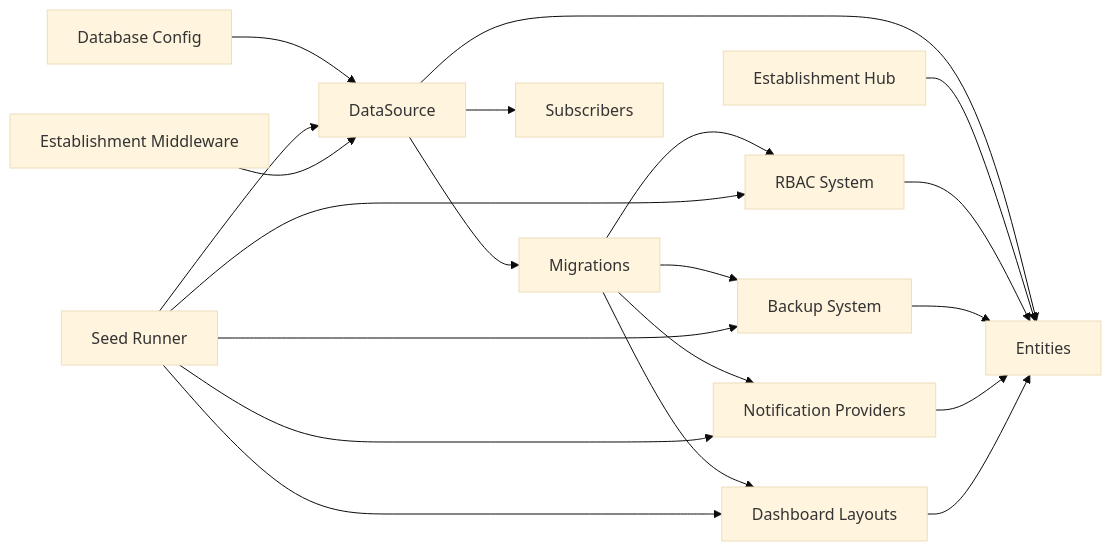
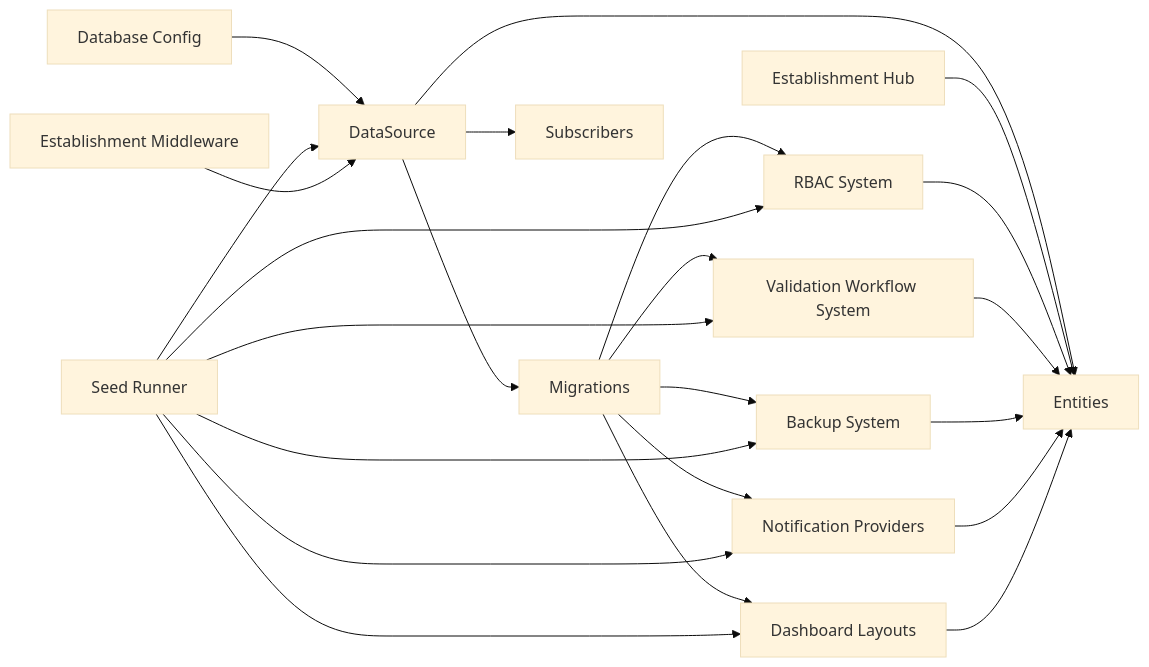
One commit to franckylab/eLISAschool changed the eighth of 9 diagrams in .qoder/repowiki/en/content/Database Schema & Data Model/Database Schema & Data Model.md. Above: the diagram before and after it, drawn with Mermaid (base theme). The commit also changed other lines of this file and 358 other files, not shown here.

First line of the commit message:
feat(validation): intégrer le système de workflow de validation

````diff
--- a/.qoder/repowiki/en/content/Database Schema & Data Model/Database Schema & Data Model.md
+++ b/.qoder/repowiki/en/content/Database Schema & Data Model/Database Schema & Data Model.md
@@ -1041,22 +1215,25 @@
 ```mermaid
 graph LR
 CFG["Database Config"] --> DS["DataSource"]
 DS --> ENT["Entities"]
 DS --> MIG["Migrations"]
 DS --> SUB["Subscribers"]
 SEED["Seed Runner"] --> DS
 ETAB["Establishment Hub"] --> ENT
 MWARE["Establishment Middleware"] --> DS
 RBAC["RBAC System"] --> ENT
+VAL["Validation Workflow System"] --> ENT
 BACKUP["Backup System"] --> ENT
 NOTIFS["Notification Providers"] --> ENT
 DASH["Dashboard Layouts"] --> ENT
 MIG --> RBAC
+MIG --> VAL
 MIG --> BACKUP
 MIG --> NOTIFS
 MIG --> DASH
 SEED --> RBAC
+SEED --> VAL
 SEED --> BACKUP
 SEED --> NOTIFS
 SEED --> DASH
 ```
````
